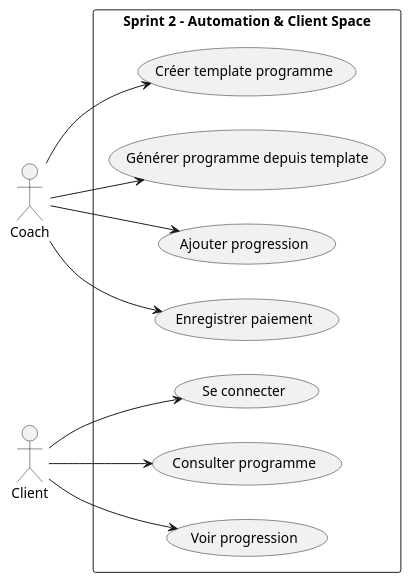
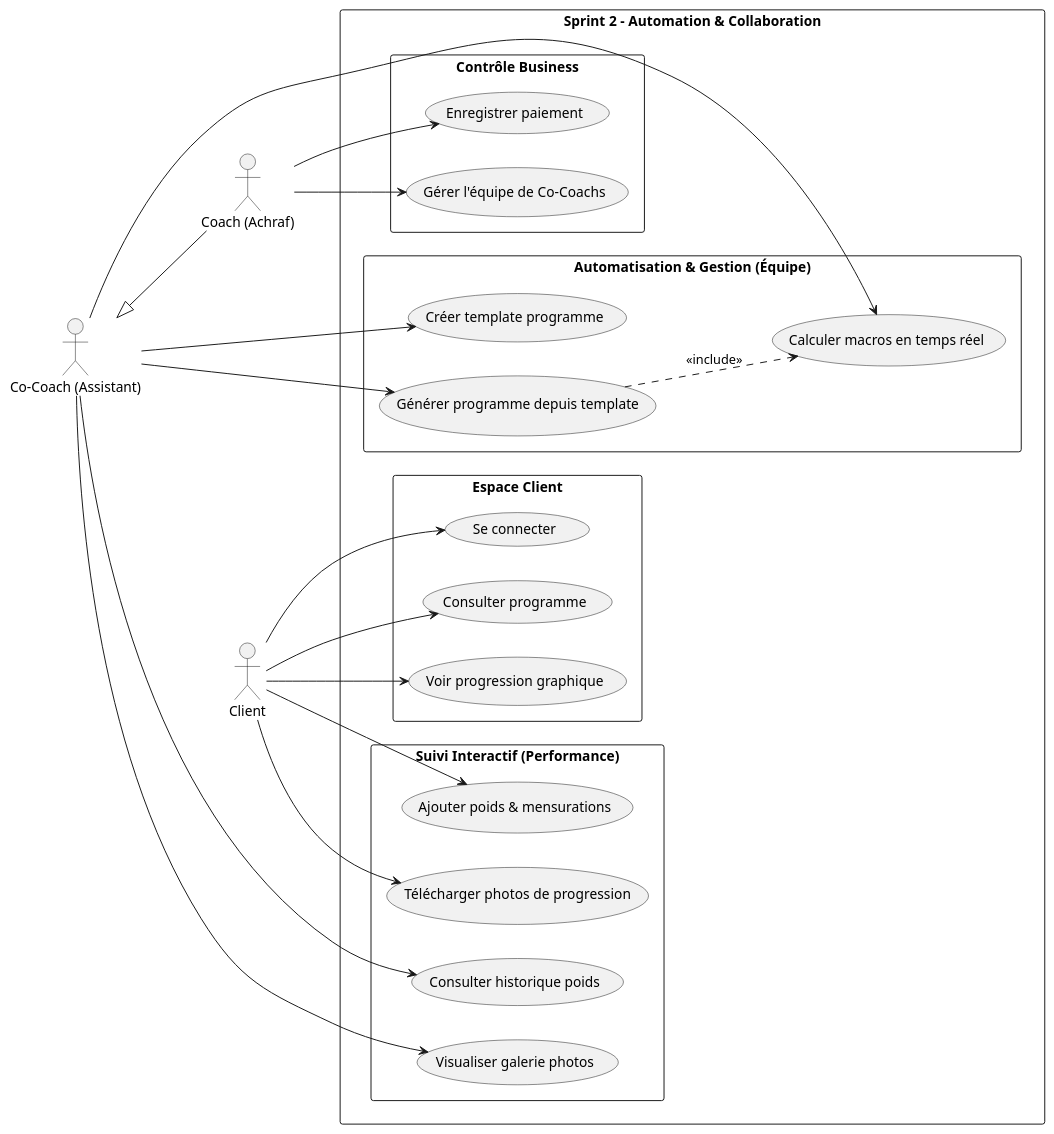
The diagram in Analyse/usecase-diagramme/use-case-sprint2.plantuml (BenTaleb-Mehdi/Project-PFE), drawn with PlantUML before and after one commit.

Commit message:
Revise use case diagram for Sprint 2
Updated use case diagram for Sprint 2 to include new roles and functionalities.

```diff
--- a/Analyse/usecase-diagramme/use-case-sprint2.plantuml
+++ b/Analyse/usecase-diagramme/use-case-sprint2.plantuml
@@ -1,20 +1,43 @@
 @startuml
 left to right direction
+skinparam packageStyle rectangle
+skinparam shadowing false
 
-actor Coach
-actor Client
+actor "Coach (Achraf)" as Admin
+actor "Co-Coach (Assistant)" as Staff
+actor "Client" as Client
 
-rectangle "Sprint 2 - Automation & Client Space" {
+' Héritage : Le Coach a accès à toutes les fonctions de l'assistant
+Admin -up-|> Staff
 
-  Coach --> (Créer template programme)
-  Coach --> (Générer programme depuis template)
+rectangle "Sprint 2 - Automation & Collaboration" {
 
-  Coach --> (Ajouter progression)
-  Coach --> (Enregistrer paiement)
+  package "Automatisation & Gestion (Équipe)" {
+    Staff --> (Créer template programme)
+    Staff --> (Générer programme depuis template)
+    Staff --> (Calculer macros en temps réel)
+    (Générer programme depuis template) ..> (Calculer macros en temps réel) : <<include>>
+  }
 
-  Client --> (Se connecter)
-  Client --> (Consulter programme)
-  Client --> (Voir progression)
+  package "Suivi Interactif (Performance)" {
+    ' Actions du Client pour alimenter le système
+    Client --> (Ajouter poids & mensurations)
+    Client --> (Télécharger photos de progression)
+    
+    ' Actions du Staff pour analyser les résultats
+    Staff --> (Consulter historique poids)
+    Staff --> (Visualiser galerie photos)
+  }
+
+  package "Contrôle Business" {
+    Admin --> (Enregistrer paiement)
+    Admin --> (Gérer l'équipe de Co-Coachs)
+  }
+
+  package "Espace Client" {
+    Client --> (Se connecter)
+    Client --> (Consulter programme)
+    Client --> (Voir progression graphique)
+  }
 }
-
 @enduml
```
